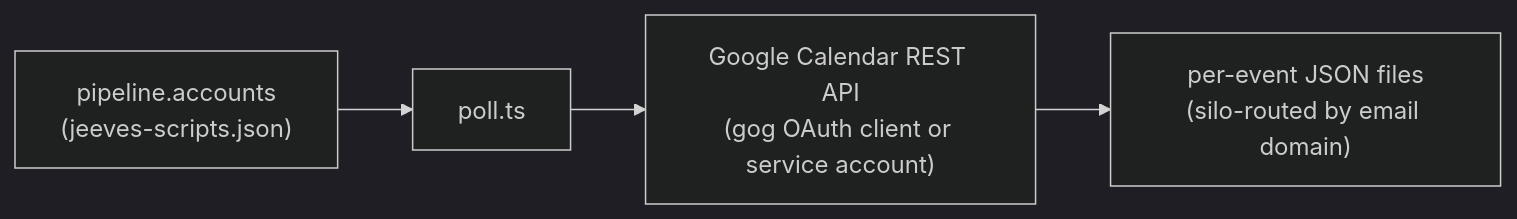
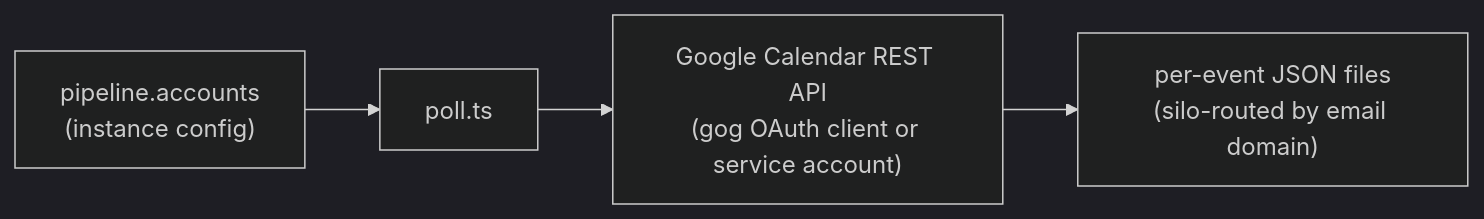
One commit to karmaniverous/jeeves-scripts-core changed the diagram in packages/core/guides/calendar.md. Above: the diagram before and after it, drawn with Mermaid (dark theme). The commit also changed other lines of this file and 28 other files, not shown here.

````diff
--- a/packages/core/guides/calendar.md
+++ b/packages/core/guides/calendar.md
@@ -17,6 +17,6 @@
 ```mermaid
 flowchart LR
-  config["pipeline.accounts\n(jeeves-scripts.json)"] --> poll["poll.ts"]
+  config["pipeline.accounts\n(instance config)"] --> poll["poll.ts"]
   poll --> gcal["Google Calendar REST API\n(gog OAuth client or service account)"]
   gcal --> events["per-event JSON files\n(silo-routed by email domain)"]
 ```
````
